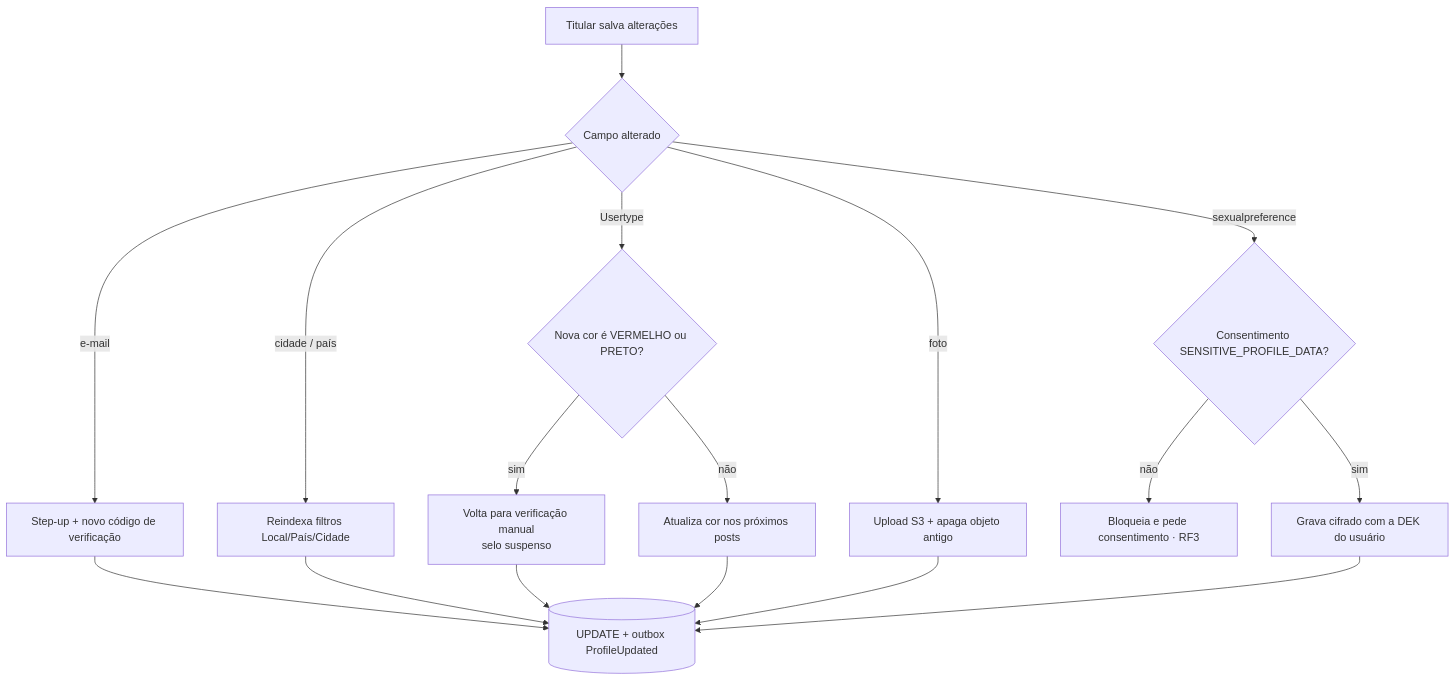
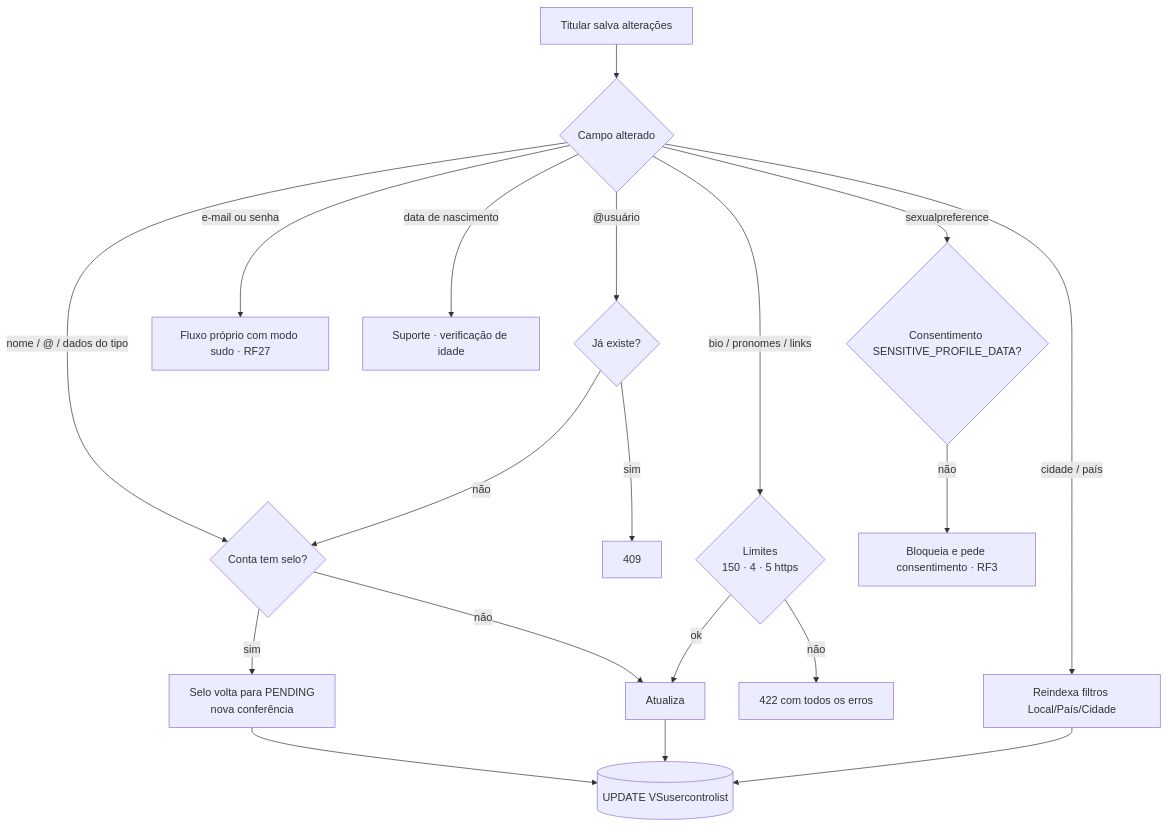
One commit to MatheusHaliski/orange_social_velion changed the second of 2 diagrams in docs/rf/RF02-editar-perfil.md. Above: the diagram before and after it, drawn with Mermaid. The commit also changed other lines of this file and 78 other files, not shown here.

````diff
--- a/docs/rf/RF02-editar-perfil.md
+++ b/docs/rf/RF02-editar-perfil.md
@@ -67,14 +84,19 @@
 ```mermaid
 flowchart TD
     A[Titular salva alterações] --> B{Campo alterado}
-    B -- e-mail --> C[Step-up + novo código de verificação]
-    B -- cidade / país --> D[Reindexa filtros Local/País/Cidade]
-    B -- Usertype --> E{Nova cor é VERMELHO ou PRETO?}
-    E -- sim --> F[Volta para verificação manual<br/>selo suspenso]
-    E -- não --> G[Atualiza cor nos próximos posts]
-    B -- foto --> H[Upload S3 + apaga objeto antigo]
+    B -- nome / @ / dados do tipo --> C{Conta tem selo?}
+    C -- sim --> C1[Selo volta para PENDING<br/>nova conferência]
+    C -- não --> C2[Atualiza]
+    B -- "@usuário" --> D{Já existe?}
+    D -- sim --> D1[409]
+    D -- não --> C
+    B -- bio / pronomes / links --> E{Limites<br/>150 · 4 · 5 https}
+    E -- não --> E1[422 com todos os erros]
+    E -- ok --> C2
+    B -- cidade / país --> F[Reindexa filtros Local/País/Cidade]
+    B -- e-mail ou senha --> G[Fluxo próprio com modo sudo · RF27]
+    B -- data de nascimento --> H[Suporte · verificação de idade]
     B -- sexualpreference --> I{Consentimento SENSITIVE_PROFILE_DATA?}
     I -- não --> J[Bloqueia e pede consentimento · RF3]
-    I -- sim --> K[Grava cifrado com a DEK do usuário]
-    C & D & F & G & H & K --> L[(UPDATE + outbox ProfileUpdated)]
+    C1 & C2 & F --> L[(UPDATE VSusercontrolist)]
 ```
````
